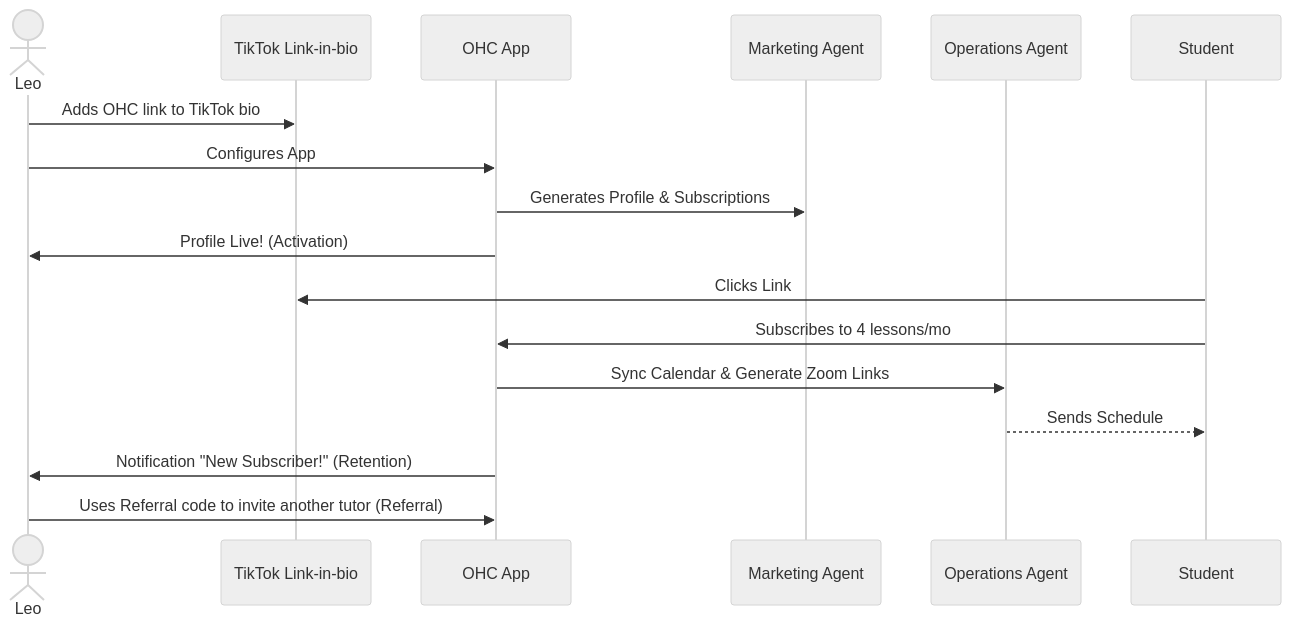
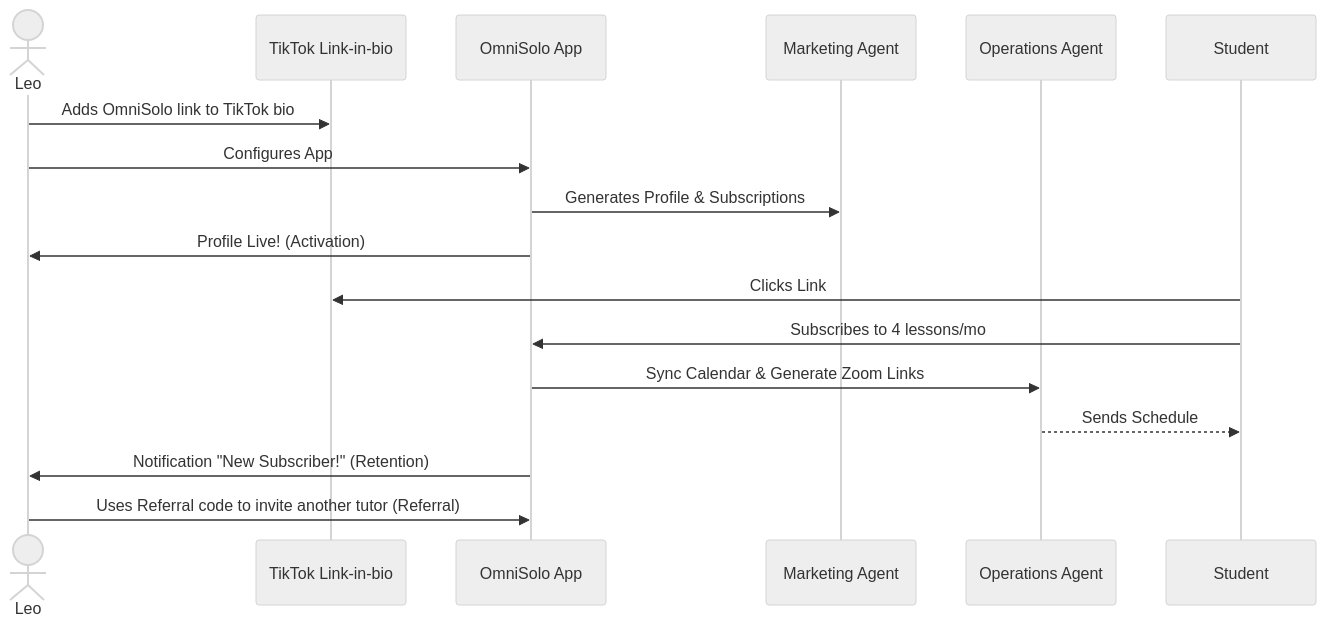
The fourth of 5 diagrams in docs/research/[architecture]_end_to_end_business_journey_detailed.md (omnisolo-llc/onehumancorp), drawn with Mermaid (neutral theme) before and after one commit. The commit also changed other lines of this file and 2191 other files, not shown here.

Commit message:
feat: complete OmniSolo rename and browser audit

````diff
--- a/docs/research/[architecture]_end_to_end_business_journey_detailed.md
+++ b/docs/research/[architecture]_end_to_end_business_journey_detailed.md
@@ -123,20 +123,20 @@
 ```mermaid
 sequenceDiagram
     actor Leo
     participant Social as TikTok Link-in-bio
-    participant OHC as OHC App
+    participant OmniSolo as OmniSolo App
     participant AI_Mark as Marketing Agent
     participant AI_Ops as Operations Agent
     participant Student as Student
 
-    Leo->>Social: Adds OHC link to TikTok bio
-    Leo->>OHC: Configures App
-    OHC->>AI_Mark: Generates Profile & Subscriptions
-    OHC->>Leo: Profile Live! (Activation)
+    Leo->>Social: Adds OmniSolo link to TikTok bio
+    Leo->>OmniSolo: Configures App
+    OmniSolo->>AI_Mark: Generates Profile & Subscriptions
+    OmniSolo->>Leo: Profile Live! (Activation)
     Student->>Social: Clicks Link
-    Student->>OHC: Subscribes to 4 lessons/mo
-    OHC->>AI_Ops: Sync Calendar & Generate Zoom Links
+    Student->>OmniSolo: Subscribes to 4 lessons/mo
+    OmniSolo->>AI_Ops: Sync Calendar & Generate Zoom Links
     AI_Ops-->>Student: Sends Schedule
-    OHC->>Leo: Notification "New Subscriber!" (Retention)
-    Leo->>OHC: Uses Referral code to invite another tutor (Referral)
+    OmniSolo->>Leo: Notification "New Subscriber!" (Retention)
+    Leo->>OmniSolo: Uses Referral code to invite another tutor (Referral)
 ```
````
